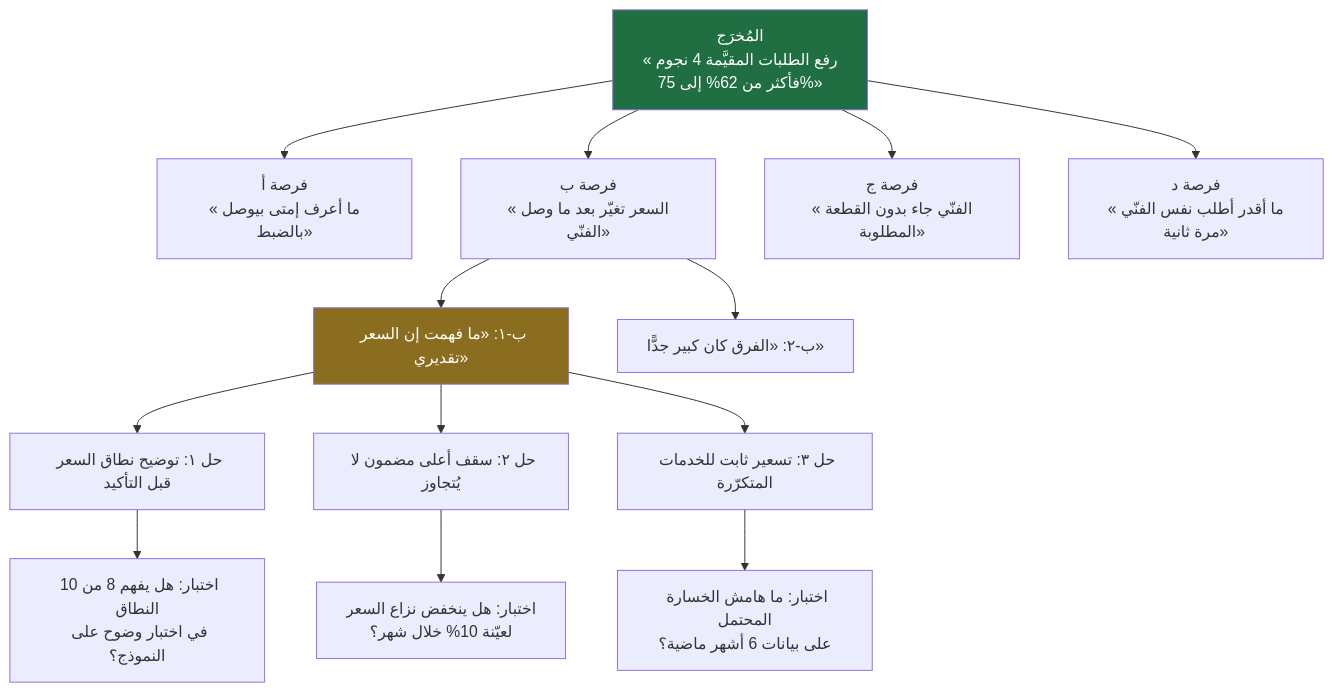
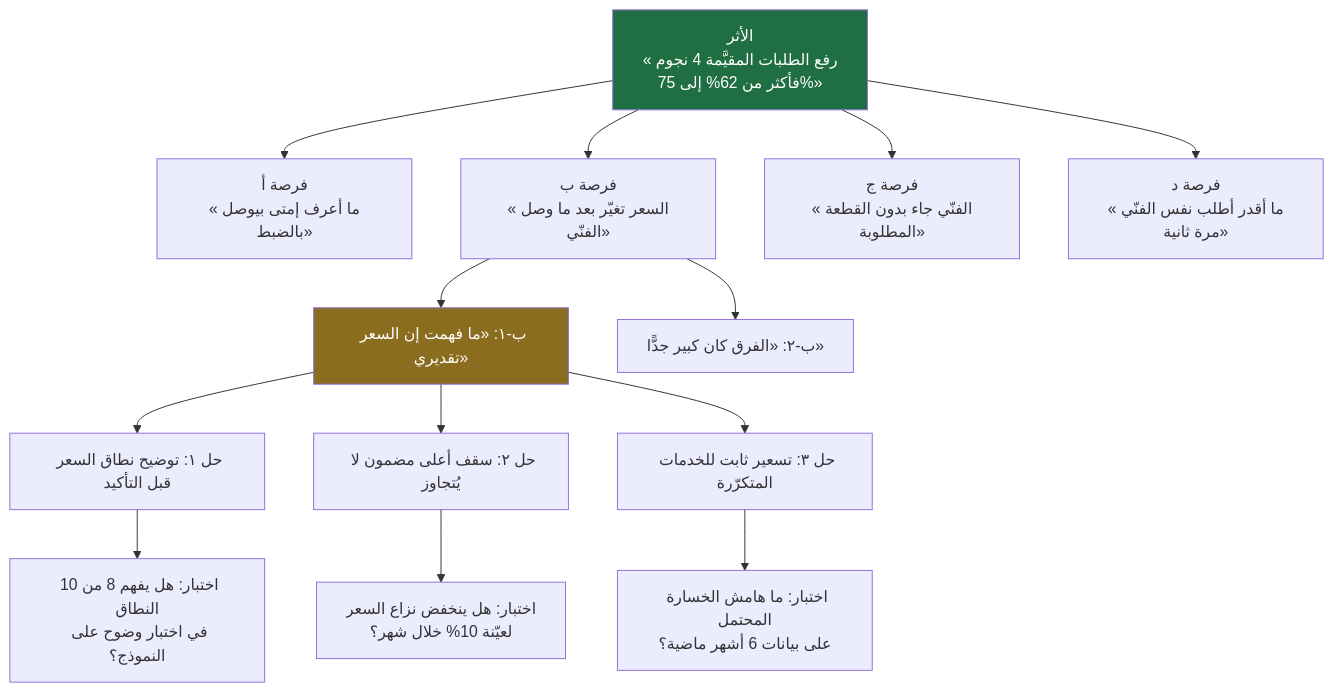
One commit to MohammedFattay/Project_Management_Notes changed the sixth of 7 diagrams in content/الدورات/إدارة المنتج في عصر الذكاء الاصطناعي/02 - فلسفة إدارة المنتج.md. Above: the diagram before and after it, drawn with Mermaid. The commit also changed other lines of this file and 47 other files, not shown here.

````diff
--- a/content/الدورات/إدارة المنتج في عصر الذكاء الاصطناعي/02 - فلسفة إدارة المنتج.md
+++ b/content/الدورات/إدارة المنتج في عصر الذكاء الاصطناعي/02 - فلسفة إدارة المنتج.md
@@ -700,18 +700,18 @@
 ```mermaid
 flowchart TD
-    O["المُخرَج<br/>«رفع الطلبات المقيَّمة 4 نجوم فأكثر من 62% إلى 75%»"]
+    O["الأثر<br/>«رفع الطلبات المقيَّمة 4 نجوم فأكثر من 62% إلى 75%»"]
     O --> P1["فرصة أ<br/>«ما أعرف إمتى بيوصل بالضبط»"]
     O --> P2["فرصة ب<br/>«السعر تغيّر بعد ما وصل الفنّي»"]
     O --> P3["فرصة ج<br/>«الفنّي جاء بدون القطعة المطلوبة»"]
     O --> P4["فرصة د<br/>«ما أقدر أطلب نفس الفنّي مرة ثانية»"]
     P2 --> P21["ب-١: «ما فهمت إن السعر تقديري»"]
     P2 --> P22["ب-٢: «الفرق كان كبير جدًّا»"]
     P21 --> S1["حل ١: توضيح نطاق السعر قبل التأكيد"]
     P21 --> S2["حل ٢: سقف أعلى مضمون لا يُتجاوز"]
     P21 --> S3["حل ٣: تسعير ثابت للخدمات المتكرّرة"]
     S1 --> E1["اختبار: هل يفهم 8 من 10 النطاق<br/>في اختبار وضوح على النموذج؟"]
     S2 --> E2["اختبار: هل ينخفض نزاع السعر<br/>لعيّنة 10% خلال شهر؟"]
     S3 --> E3["اختبار: ما هامش الخسارة المحتمل<br/>على بيانات 6 أشهر ماضية؟"]
     style O fill:#1f6f43,color:#fff
     style P21 fill:#8a6d1f,color:#fff
 ```
````
